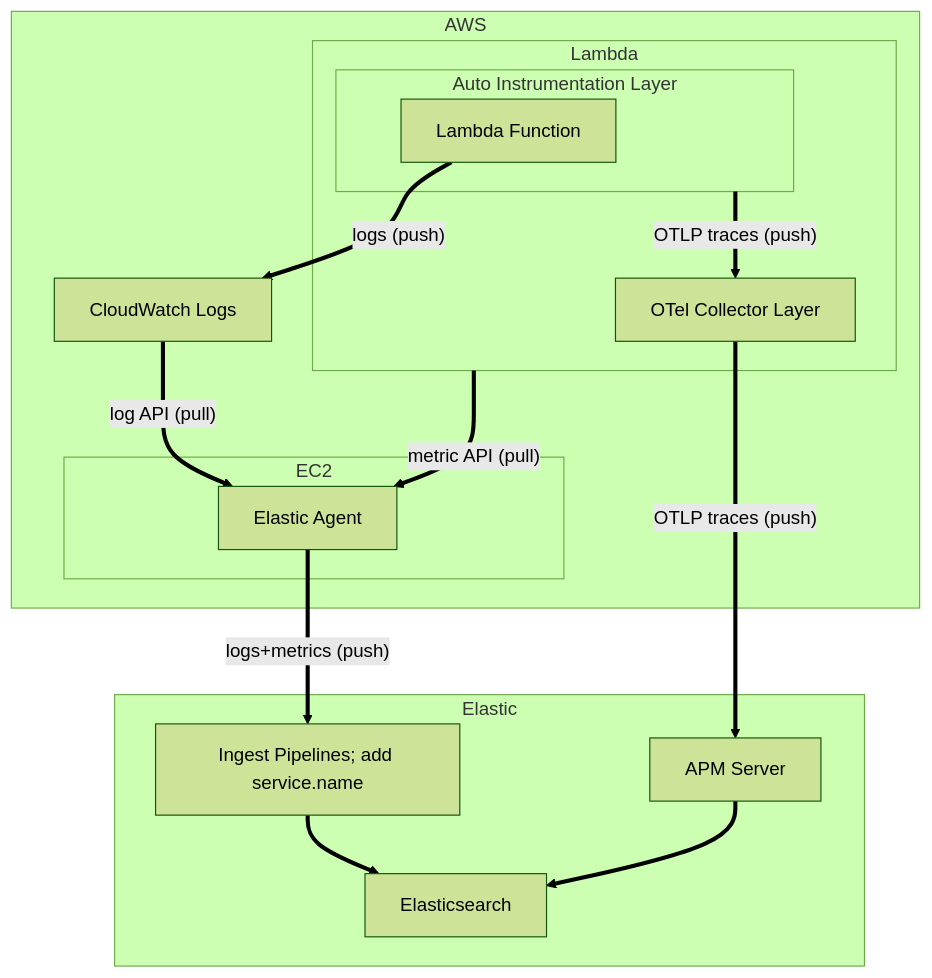
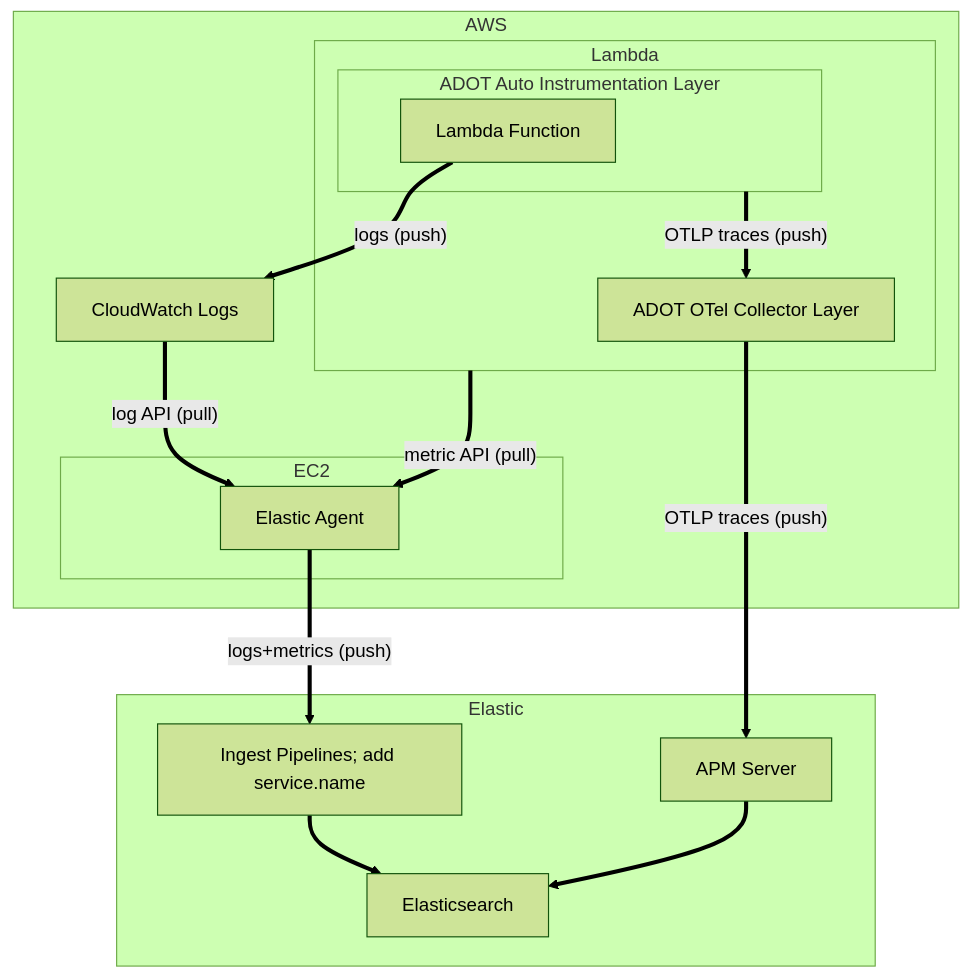
One commit to ty-elastic/elastic-aws-lambda changed the diagram in README.md. Above: the diagram before and after it, drawn with Mermaid (forest theme).

````diff
--- a/README.md
+++ b/README.md
@@ -7,33 +7,33 @@
 ```mermaid
 flowchart TB
     subgraph Elastic
     IngestPipeline[Ingest Pipelines; add service.name]
     APMServer[APM Server]
     Elasticsearch
     end
 
     subgraph AWS
     subgraph Lambda
-    subgraph AutoInstrumentation[Auto Instrumentation Layer]
+    subgraph AutoInstrumentation[ADOT Auto Instrumentation Layer]
     Function[Lambda Function]
     end
-    ADOTc[OTel Collector Layer]
+    ADOTc[ADOT OTel Collector Layer]
     end
     CloudWatch[CloudWatch Logs]
     subgraph EC2
     ElasticAgent[Elastic Agent]
     end
 
     Lambda == metric API (pull) ==> ElasticAgent
     Function == logs (push) ==> CloudWatch
     CloudWatch == log API (pull) ==> ElasticAgent
 
     AutoInstrumentation == OTLP traces (push) ==> ADOTc
     ADOTc == OTLP traces (push) ==> APMServer
     ElasticAgent == logs+metrics (push) ==> IngestPipeline
     APMServer ==> Elasticsearch
     IngestPipeline ==> Elasticsearch
     end
 
 
 ```
````
